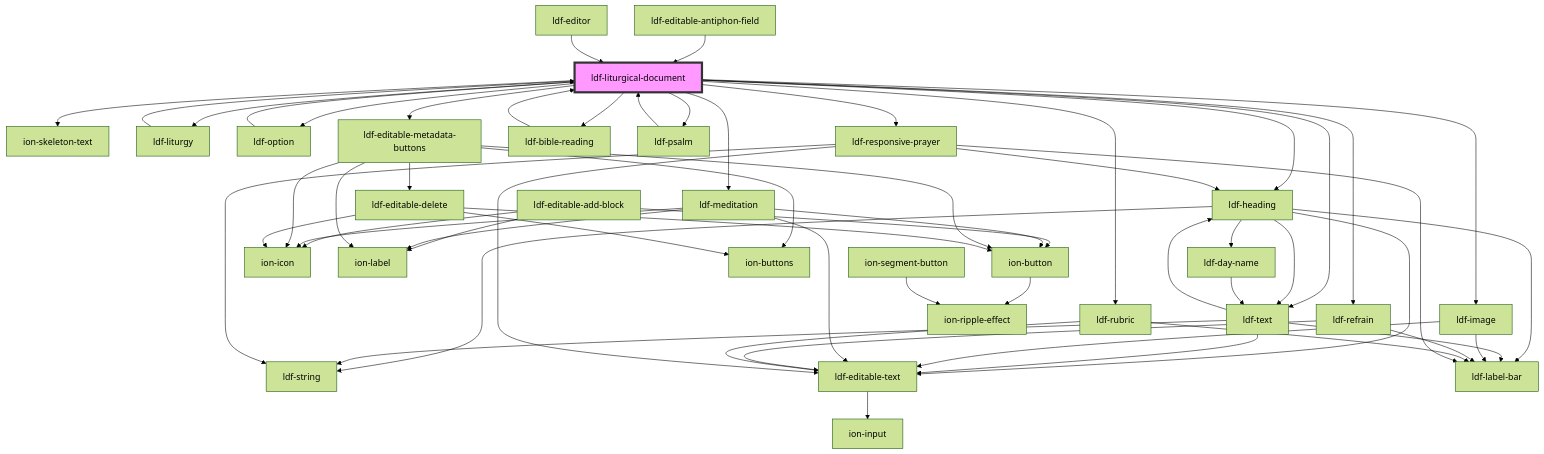
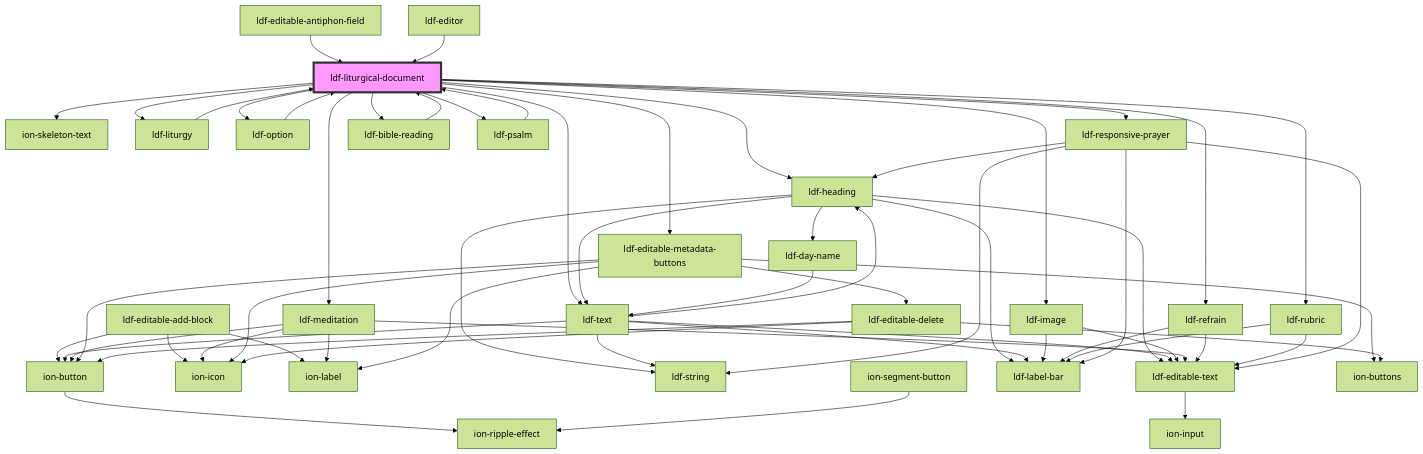
The diagram in components/src/components/liturgical-document/readme.md (gbj/venite), drawn with Mermaid (forest theme) before and after one commit. The commit also changed 111 other files, not shown here.

````diff
--- a/components/src/components/liturgical-document/readme.md
+++ b/components/src/components/liturgical-document/readme.md
@@ -57,61 +57,62 @@
 ```mermaid
 graph TD;
   ldf-liturgical-document --> ion-skeleton-text
   ldf-liturgical-document --> ldf-liturgy
   ldf-liturgical-document --> ldf-heading
   ldf-liturgical-document --> ldf-image
   ldf-liturgical-document --> ldf-meditation
   ldf-liturgical-document --> ldf-option
   ldf-liturgical-document --> ldf-refrain
   ldf-liturgical-document --> ldf-rubric
   ldf-liturgical-document --> ldf-text
   ldf-liturgical-document --> ldf-responsive-prayer
   ldf-liturgical-document --> ldf-bible-reading
   ldf-liturgical-document --> ldf-psalm
   ldf-liturgical-document --> ldf-editable-metadata-buttons
   ldf-liturgy --> ldf-liturgical-document
   ldf-editable-add-block --> ion-button
   ldf-editable-add-block --> ion-icon
   ldf-editable-add-block --> ion-label
   ion-button --> ion-ripple-effect
   ldf-heading --> ldf-string
   ldf-heading --> ldf-editable-text
   ldf-heading --> ldf-label-bar
   ldf-heading --> ldf-day-name
   ldf-heading --> ldf-text
   ldf-editable-text --> ion-input
   ldf-day-name --> ldf-text
   ldf-text --> ldf-label-bar
+  ldf-text --> ion-button
   ldf-text --> ldf-heading
   ldf-text --> ldf-editable-text
   ldf-text --> ldf-string
   ldf-image --> ldf-label-bar
   ldf-image --> ldf-editable-text
   ldf-meditation --> ion-button
   ldf-meditation --> ion-icon
   ldf-meditation --> ion-label
   ldf-meditation --> ldf-editable-text
   ldf-option --> ldf-liturgical-document
   ion-segment-button --> ion-ripple-effect
   ldf-refrain --> ldf-label-bar
   ldf-refrain --> ldf-editable-text
   ldf-rubric --> ldf-label-bar
   ldf-rubric --> ldf-editable-text
   ldf-responsive-prayer --> ldf-editable-text
   ldf-responsive-prayer --> ldf-string
   ldf-responsive-prayer --> ldf-label-bar
   ldf-responsive-prayer --> ldf-heading
   ldf-bible-reading --> ldf-liturgical-document
   ldf-psalm --> ldf-liturgical-document
   ldf-editable-metadata-buttons --> ion-buttons
   ldf-editable-metadata-buttons --> ion-button
   ldf-editable-metadata-buttons --> ion-label
   ldf-editable-metadata-buttons --> ion-icon
   ldf-editable-metadata-buttons --> ldf-editable-delete
   ldf-editable-delete --> ion-buttons
   ldf-editable-delete --> ion-button
   ldf-editable-delete --> ion-icon
   ldf-editable-antiphon-field --> ldf-liturgical-document
   ldf-editor --> ldf-liturgical-document
   style ldf-liturgical-document fill:#f9f,stroke:#333,stroke-width:4px
 ```
````
